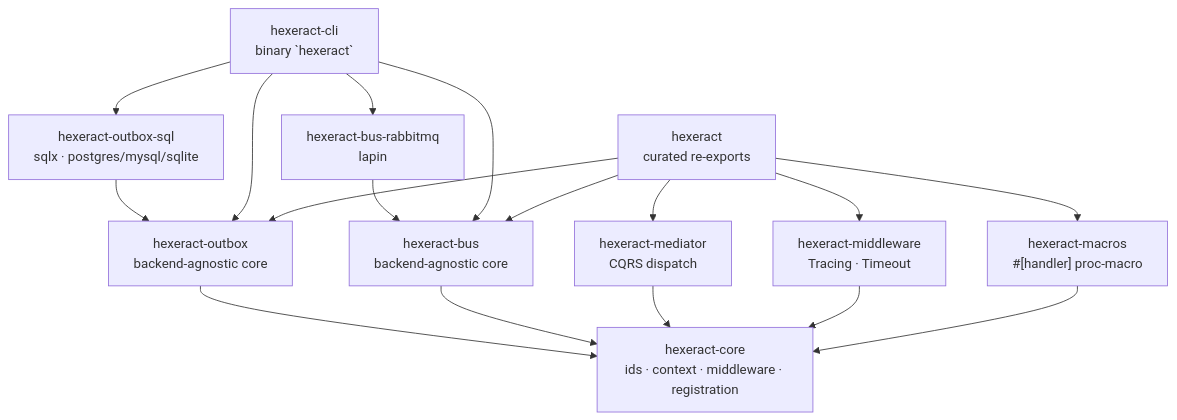
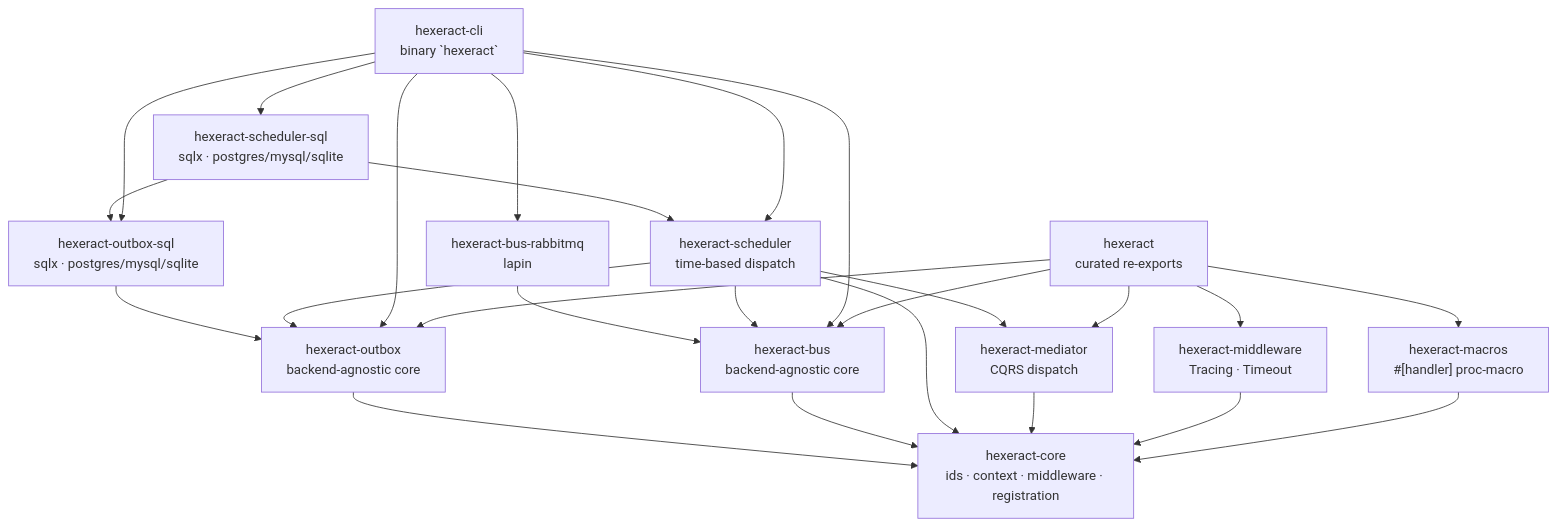
Before and after one commit to nubster-opensources/hexeract: the diagram in docs/architecture/overview.md, drawn with Mermaid. The commit also changed other lines of this file, not shown here.

Commit message:
docs(scheduler): refresh workspace overview for scheduler crates

````diff
--- a/docs/architecture/overview.md
+++ b/docs/architecture/overview.md
@@ -7,33 +7,44 @@
 ```mermaid
 graph TD
     core["hexeract-core<br/>ids · context · middleware · registration"]
     macros["hexeract-macros<br/>#[handler] proc-macro"]
     mediator["hexeract-mediator<br/>CQRS dispatch"]
     middleware["hexeract-middleware<br/>Tracing · Timeout"]
     facade["hexeract<br/>curated re-exports"]
 
     outbox["hexeract-outbox<br/>backend-agnostic core"]
     sql["hexeract-outbox-sql<br/>sqlx · postgres/mysql/sqlite"]
 
     bus["hexeract-bus<br/>backend-agnostic core"]
     rmq["hexeract-bus-rabbitmq<br/>lapin"]
 
+    scheduler["hexeract-scheduler<br/>time-based dispatch"]
+    schedsql["hexeract-scheduler-sql<br/>sqlx · postgres/mysql/sqlite"]
+
     cli["hexeract-cli<br/>binary `hexeract`"]
 
     outbox --> core
     sql --> outbox
     bus --> core
     rmq --> bus
+    scheduler --> outbox
+    scheduler --> core
+    scheduler --> bus
+    scheduler --> mediator
+    schedsql --> scheduler
+    schedsql --> sql
     cli --> outbox
     cli --> sql
     cli --> bus
     cli --> rmq
+    cli --> scheduler
+    cli --> schedsql
     facade --> outbox
     facade --> bus
     facade --> mediator
     facade --> middleware
     facade --> macros
     mediator --> core
     middleware --> core
     macros --> core
 ```
````
